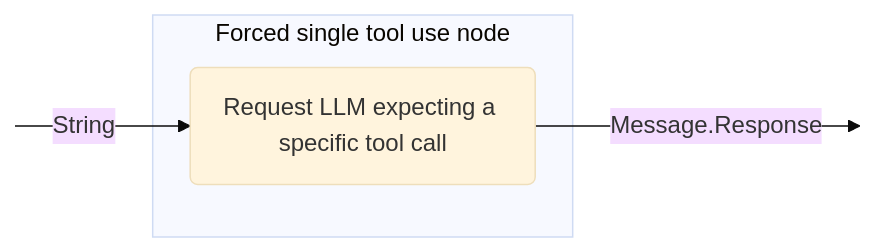
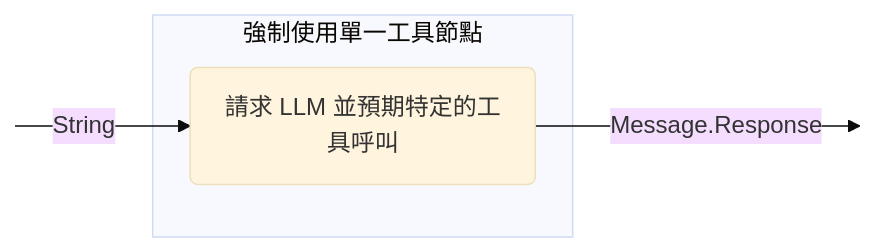
The fifth of 15 diagrams in docs/zh-Hant/koog/nodes-and-components.md (BinaryTape/Open-Docs), drawn with Mermaid (base theme) before and after one commit. The commit also changed other lines of this file and 457 other files, not shown here.

````diff
--- a/docs/zh-Hant/koog/nodes-and-components.md
+++ b/docs/zh-Hant/koog/nodes-and-components.md
@@ -275,13 +273,13 @@
 ```mermaid
 graph LR
     in:::hidden
     out:::hidden
     
-    subgraph node ["Forced single tool use node"]
-        execute(Request LLM expecting a specific tool call)
+    subgraph node ["強制使用單一工具節點"]
+        execute(請求 LLM 並預期特定的工具呼叫)
     end
     
     in --String--> execute --Message.Response--> out
 
     classDef hidden display: none;
 ```
````
